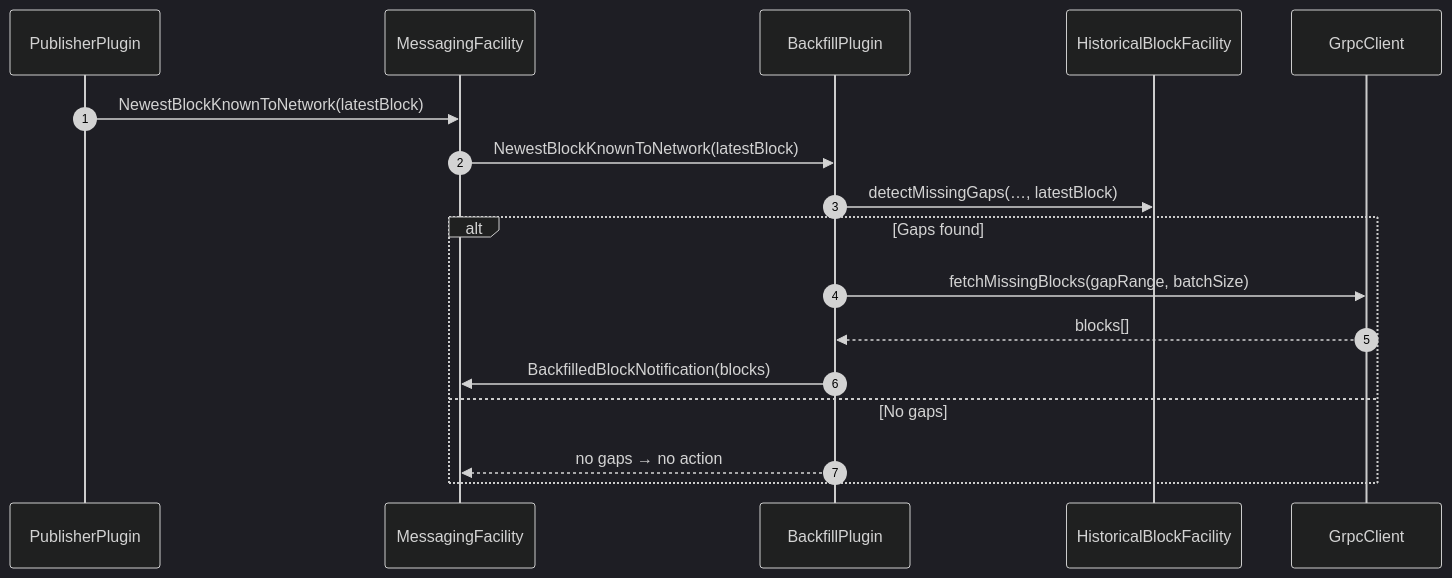
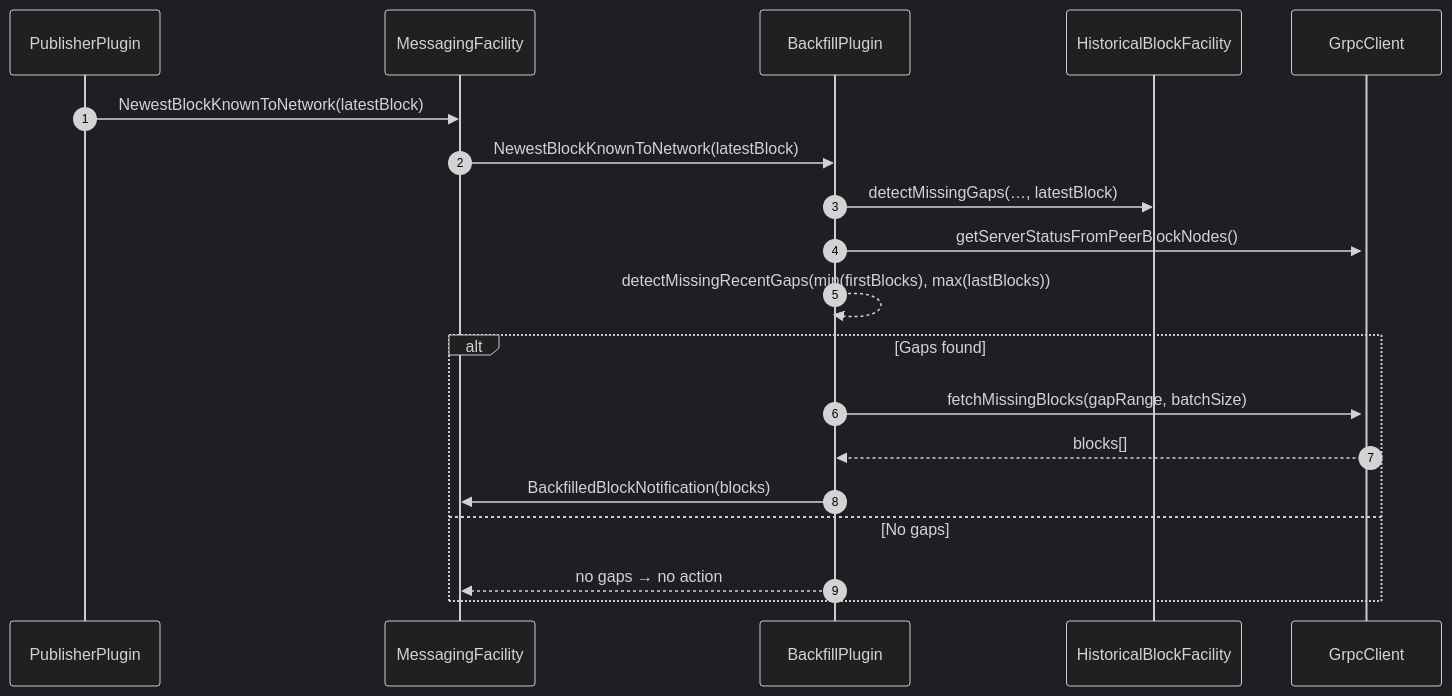
The second of 3 diagrams in docs/design/backfill-plugin.md (hiero-ledger/hiero-block-node), drawn with Mermaid (dark theme) before and after one commit. The commit also changed other lines of this file, not shown here.

````diff
--- a/docs/design/backfill-plugin.md
+++ b/docs/design/backfill-plugin.md
@@ -133,25 +150,27 @@
 ```mermaid
 sequenceDiagram
     autonumber
     participant PublisherPlugin
     participant MessagingFacility
     participant BackfillPlugin
     participant HistoricalBlockFacility
     participant GrpcClient
 
     %% Trigger
     PublisherPlugin->>MessagingFacility: NewestBlockKnownToNetwork(latestBlock)
 
     %% Dispatch to backfill
     MessagingFacility->>BackfillPlugin: NewestBlockKnownToNetwork(latestBlock)
     BackfillPlugin->>HistoricalBlockFacility: detectMissingGaps(…, latestBlock)
+    BackfillPlugin->>+GrpcClient: getServerStatusFromPeerBlockNodes()
+    BackfillPlugin-->>BackfillPlugin: detectMissingRecentGaps(min(firstBlocks), max(lastBlocks))
 
     alt Gaps found
         BackfillPlugin->>GrpcClient: fetchMissingBlocks(gapRange, batchSize)
         GrpcClient-->>BackfillPlugin: blocks[]
         BackfillPlugin->>MessagingFacility: BackfilledBlockNotification(blocks)
     else No gaps
         BackfillPlugin-->>MessagingFacility: no gaps → no action
     end
 
 ```
````
